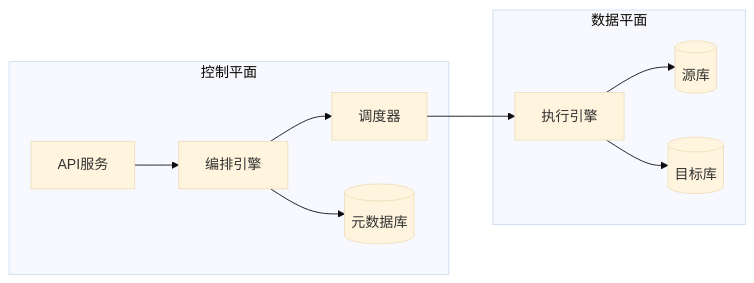
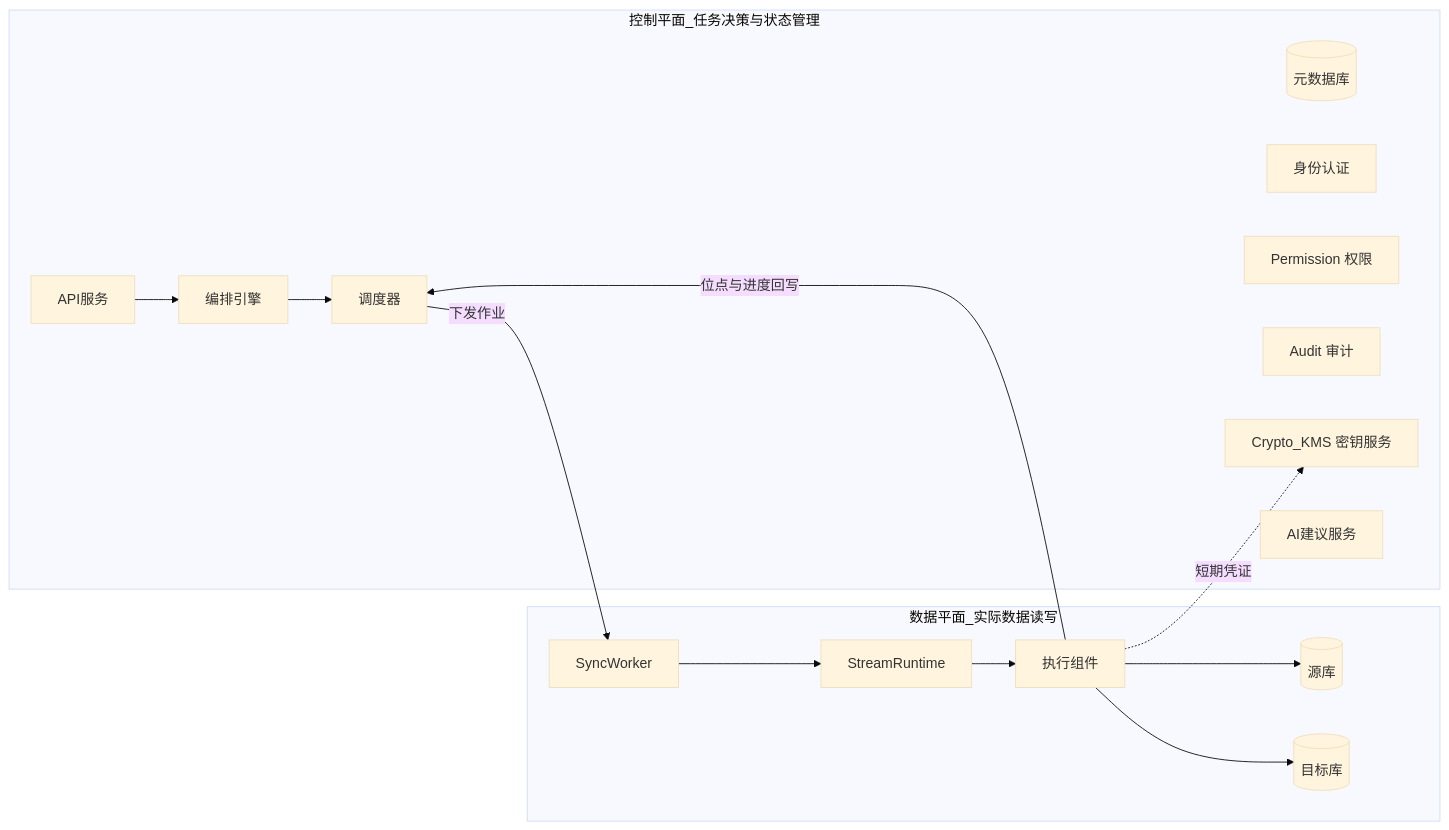
Before and after one commit to program231/design: the diagram in doc/diagrams/fig3-3-control-data-plane.mmd, drawn with Mermaid (base theme). The commit also changed 9 other files, not shown here.

```diff
--- a/doc/diagrams/fig3-3-control-data-plane.mmd
+++ b/doc/diagrams/fig3-3-control-data-plane.mmd
@@ -1,20 +1,28 @@
 flowchart LR
-    subgraph controlPlane [控制平面]
+    subgraph controlPlane [控制平面_任务决策与状态管理]
         API[API服务]
         Orchestrator[编排引擎]
-        Scheduler2[调度器]
-        MetaDB2[(元数据库)]
+        Scheduler[调度器]
+        MetaDB[(元数据库)]
+        Auth[身份认证]
+        Permission[Permission 权限]
+        Audit[Audit 审计]
+        Crypto[Crypto_KMS 密钥服务]
+        AI[AI建议服务]
     end
 
-    subgraph dataPlane2 [数据平面]
+    subgraph dataPlane [数据平面_实际数据读写]
+        SyncWorker[SyncWorker]
+        StreamRuntime[StreamRuntime]
+        Exec[执行组件]
         Source[(源库)]
         Target[(目标库)]
-        Engines[执行引擎]
     end
 
-    API --> Orchestrator
-    Orchestrator --> Scheduler2
-    Orchestrator --> MetaDB2
-    Scheduler2 --> Engines
-    Engines --> Source
-    Engines --> Target
+    API --> Orchestrator --> Scheduler
+    Scheduler -->|"下发作业"| SyncWorker
+    Exec -->|"位点与进度回写"| Scheduler
+    Exec -.->|"短期凭证"| Crypto
+    SyncWorker --> StreamRuntime --> Exec
+    Exec --> Source
+    Exec --> Target
```
